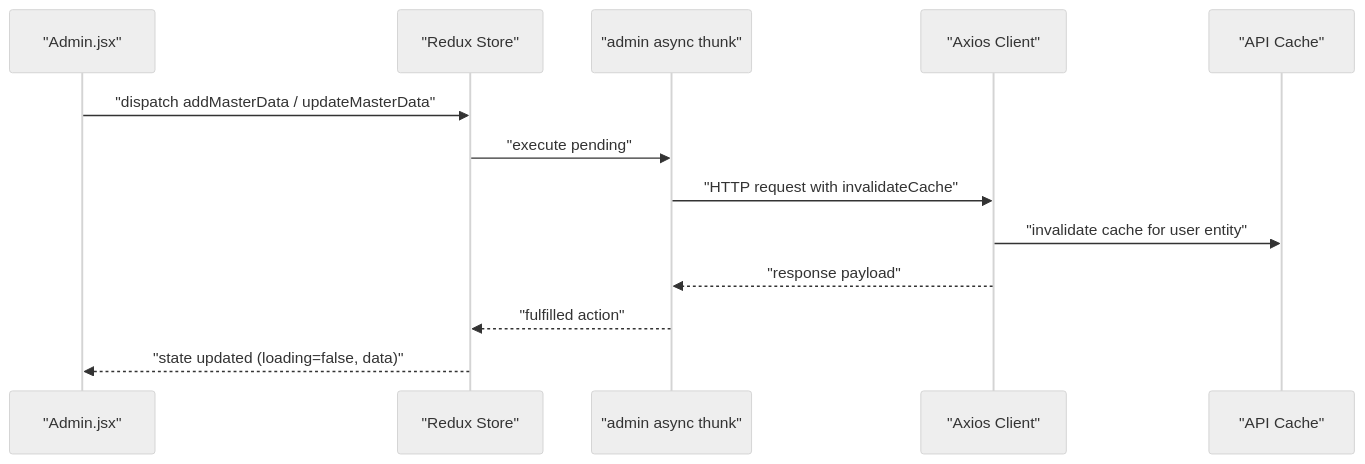
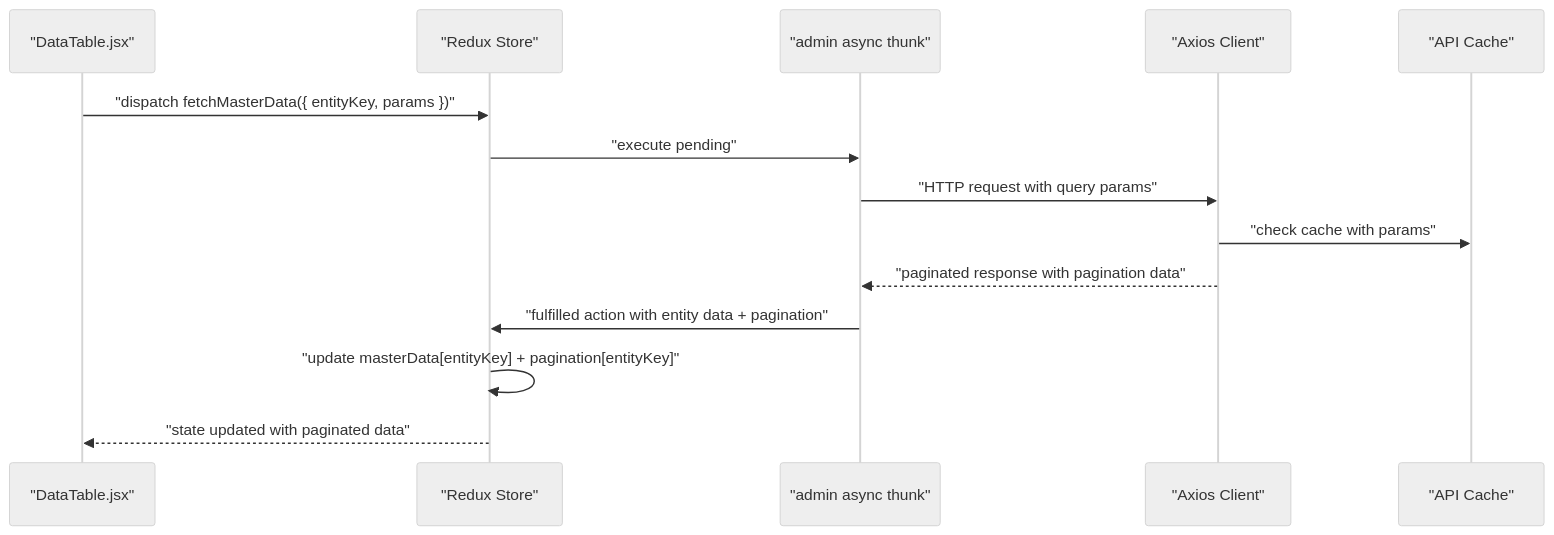
The sixth of 11 diagrams in .qoder/repowiki/en/content/State Management/Redux Store Configuration.md (Aryan9060/Timetable-Project), drawn with Mermaid (neutral theme) before and after one commit. The commit also changed other lines of this file and 6 other files, not shown here.

First line of the commit message:
feat(master-data): add advanced pagination, search, sorting, and filtering for all entities

````diff
--- a/.qoder/repowiki/en/content/State Management/Redux Store Configuration.md
+++ b/.qoder/repowiki/en/content/State Management/Redux Store Configuration.md
@@ -215,15 +226,16 @@
 ```mermaid
 sequenceDiagram
-participant UI as "Admin.jsx"
+participant UI as "DataTable.jsx"
 participant Store as "Redux Store"
 participant Thunk as "admin async thunk"
 participant API as "Axios Client"
 participant Cache as "API Cache"
-UI->>Store : "dispatch addMasterData / updateMasterData"
+UI->>Store : "dispatch fetchMasterData({ entityKey, params })"
 Store->>Thunk : "execute pending"
-Thunk->>API : "HTTP request with invalidateCache"
-API->>Cache : "invalidate cache for user entity"
-API-->>Thunk : "response payload"
-Thunk-->>Store : "fulfilled action"
-Store-->>UI : "state updated (loading=false, data)"
+Thunk->>API : "HTTP request with query params"
+API->>Cache : "check cache with params"
+API-->>Thunk : "paginated response with pagination data"
+Thunk->>Store : "fulfilled action with entity data + pagination"
+Store->>Store : "update masterData[entityKey] + pagination[entityKey]"
+Store-->>UI : "state updated with paginated data"
 ```
````
